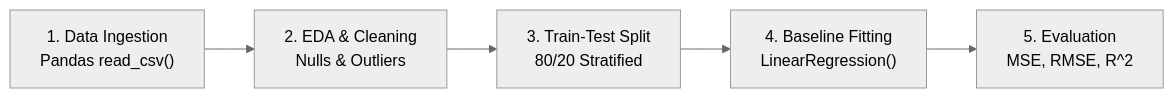
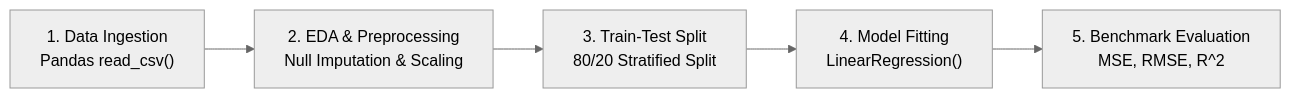
One commit to xrcodexcode/xr_node changed the diagram in 01_RAW/PROCESS/learn-core-machine-learning-part-12.md. Above: the diagram before and after it, drawn with Mermaid (neutral theme). The commit also changed other lines of this file and 15 other files, not shown here.

````diff
--- a/01_RAW/PROCESS/learn-core-machine-learning-part-12.md
+++ b/01_RAW/PROCESS/learn-core-machine-learning-part-12.md
@@ -46,7 +46,7 @@
 ```mermaid
 flowchart LR
-    A["1. Data Ingestion<br/>Pandas read_csv()"] --> B["2. EDA & Cleaning<br/>Nulls & Outliers"]
-    B --> C["3. Train-Test Split<br/>80/20 Stratified"]
-    C --> D["4. Baseline Fitting<br/>LinearRegression()"]
-    D --> E["5. Evaluation<br/>MSE, RMSE, R^2"]
+    A["1. Data Ingestion<br/>Pandas read_csv()"] --> B["2. EDA & Preprocessing<br/>Null Imputation & Scaling"]
+    B --> C["3. Train-Test Split<br/>80/20 Stratified Split"]
+    C --> D["4. Model Fitting<br/>LinearRegression()"]
+    D --> E["5. Benchmark Evaluation<br/>MSE, RMSE, R^2"]
 ```
````
